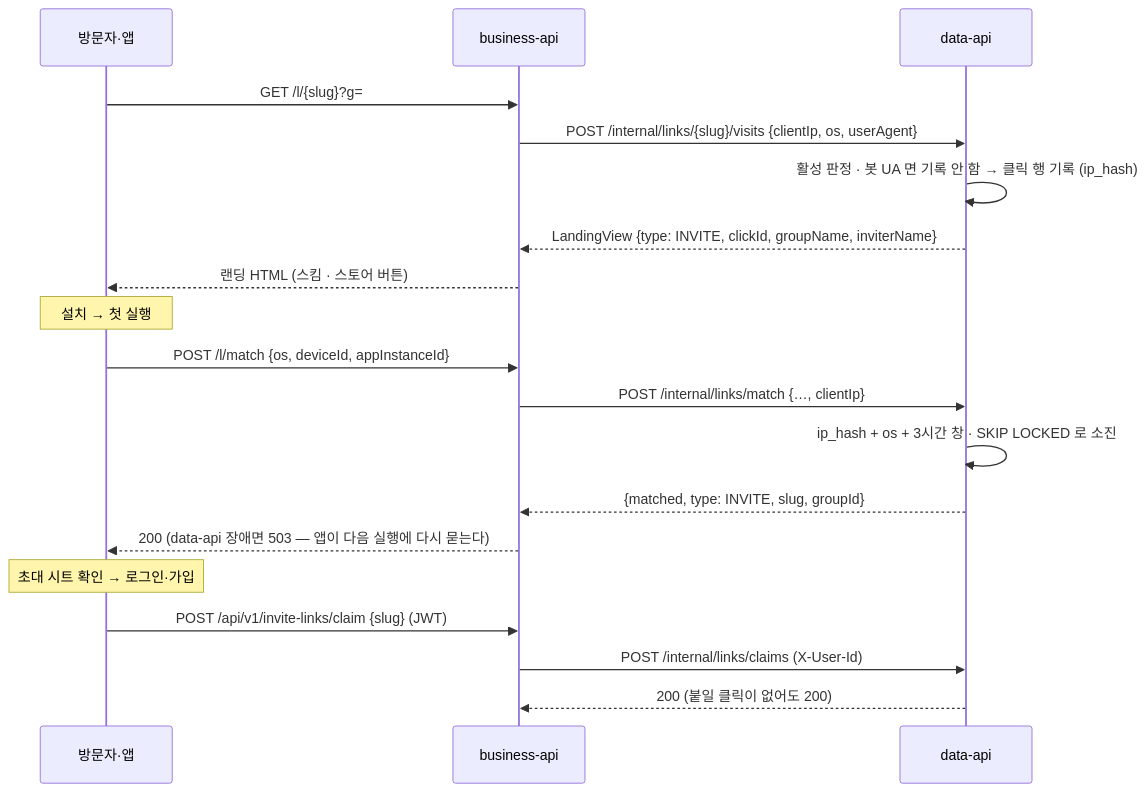
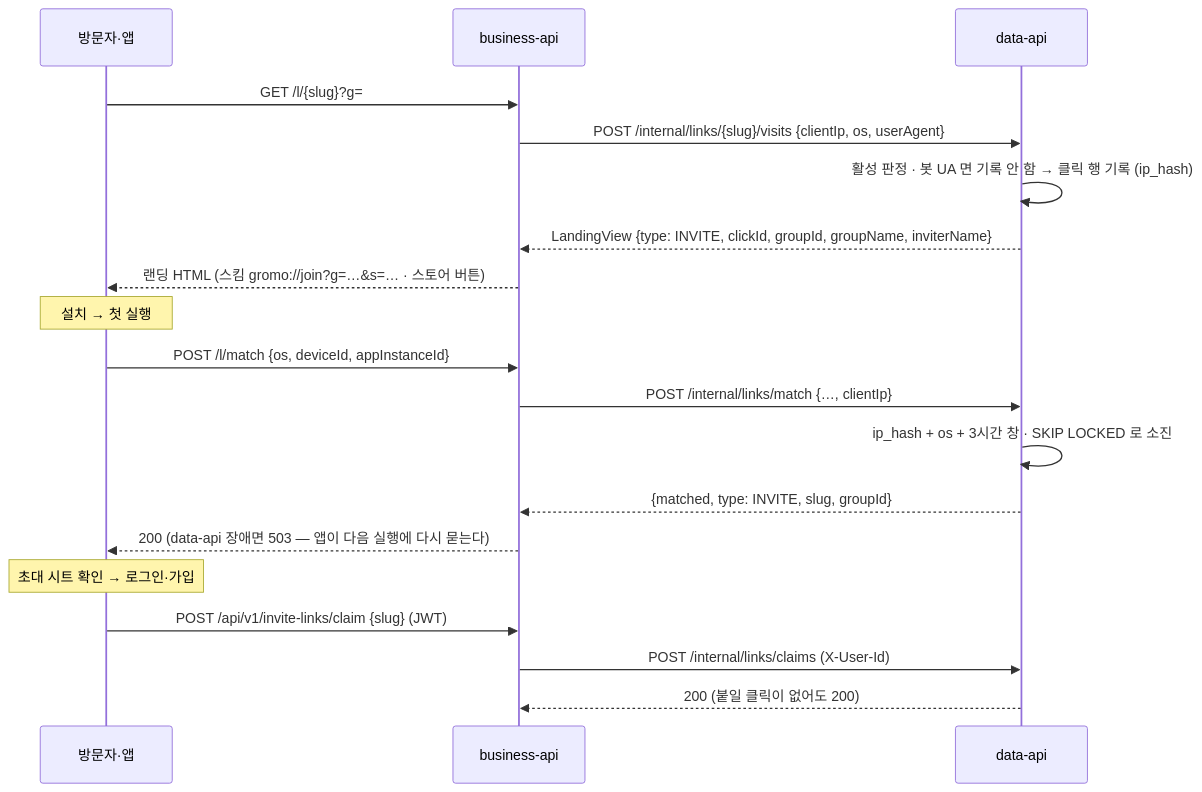
Before and after one commit to OneOrThree/phone: the second of 4 diagrams in docs/prd/link-attribution/high-level-design.md, drawn with Mermaid. The commit also changed other lines of this file and 4 other files, not shown here.

````diff
--- a/docs/prd/link-attribution/high-level-design.md
+++ b/docs/prd/link-attribution/high-level-design.md
@@ -55,21 +55,21 @@
 ```mermaid
 sequenceDiagram
   participant U as 방문자·앱
   participant B as business-api
   participant D as data-api
   U->>B: GET /l/{slug}?g=
   B->>D: POST /internal/links/{slug}/visits {clientIp, os, userAgent}
   D->>D: 활성 판정 · 봇 UA 면 기록 안 함 → 클릭 행 기록 (ip_hash)
-  D-->>B: LandingView {type: INVITE, clickId, groupName, inviterName}
-  B-->>U: 랜딩 HTML (스킴 · 스토어 버튼)
+  D-->>B: LandingView {type: INVITE, clickId, groupId, groupName, inviterName}
+  B-->>U: 랜딩 HTML (스킴 gromo://join?g=…&s=… · 스토어 버튼)
   Note over U: 설치 → 첫 실행
   U->>B: POST /l/match {os, deviceId, appInstanceId}
   B->>D: POST /internal/links/match {…, clientIp}
   D->>D: ip_hash + os + 3시간 창 · SKIP LOCKED 로 소진
   D-->>B: {matched, type: INVITE, slug, groupId}
   B-->>U: 200 (data-api 장애면 503 — 앱이 다음 실행에 다시 묻는다)
   Note over U: 초대 시트 확인 → 로그인·가입
   U->>B: POST /api/v1/invite-links/claim {slug} (JWT)
   B->>D: POST /internal/links/claims (X-User-Id)
   D-->>B: 200 (붙일 클릭이 없어도 200)
 ```
````
